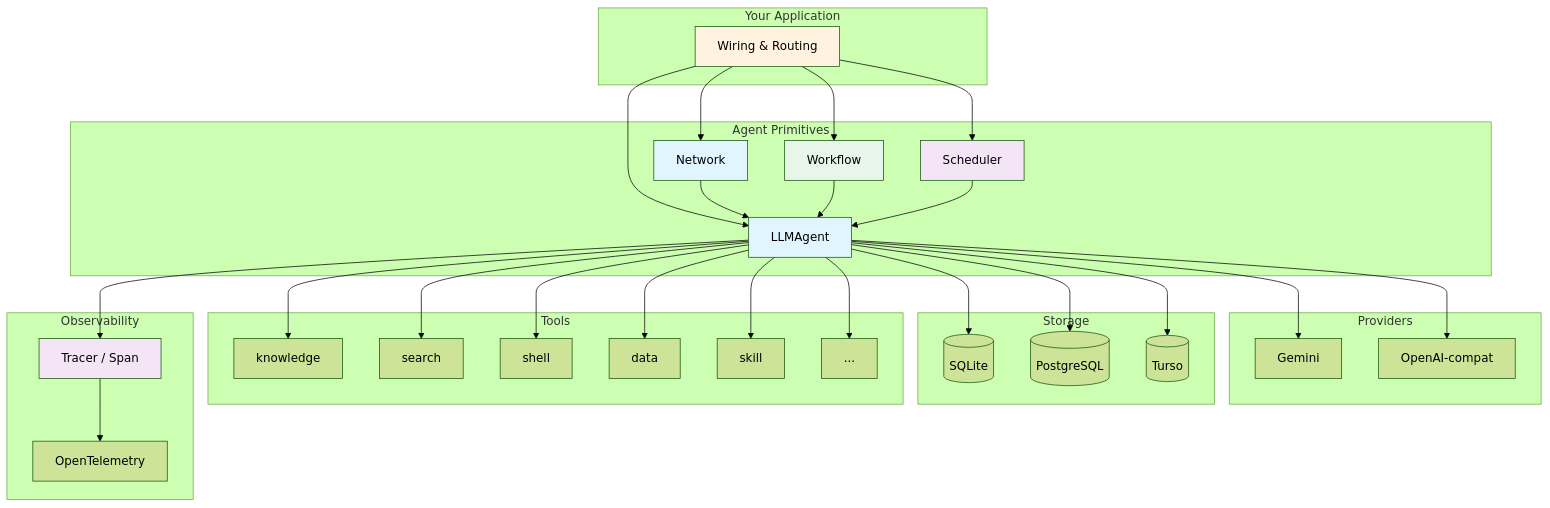
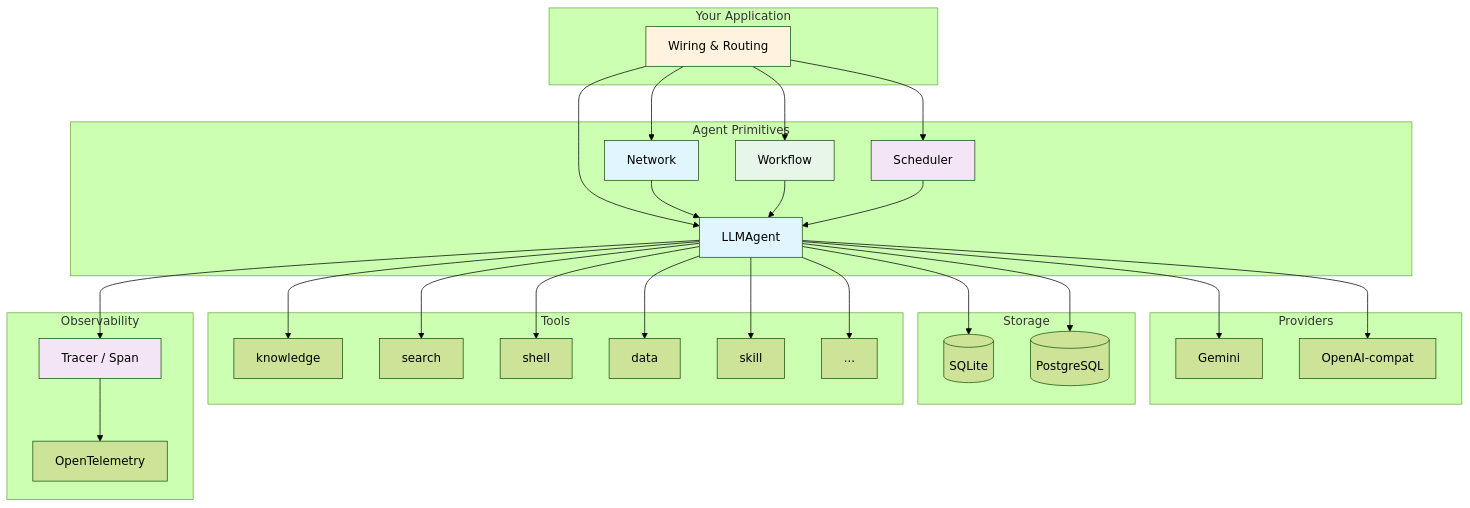
Before and after one commit to nevindra/oasis: the first of 2 diagrams in docs/concepts/index.md, drawn with Mermaid (forest theme). The commit also changed other lines of this file and 15 other files, not shown here.

````diff
--- a/docs/concepts/index.md
+++ b/docs/concepts/index.md
@@ -7,66 +7,64 @@
 ```mermaid
 graph TB
     subgraph "Your Application"
         APP[Wiring & Routing]
     end
 
     subgraph "Agent Primitives"
         AGENT[LLMAgent]
         NET[Network]
         WF[Workflow]
         SCHED[Scheduler]
     end
 
     subgraph Providers
         GEM[Gemini]
         OAI[OpenAI-compat]
     end
 
     subgraph Storage
         SQLITE[(SQLite)]
         PG[(PostgreSQL)]
-        LIBSQL[(Turso)]
     end
 
     subgraph Tools
         KNOW[knowledge]
         SEARCH[search]
         SHELL[shell]
         DATA[data]
         SKILL[skill]
         MORE[...]
     end
 
     subgraph "Observability"
         TRACER["Tracer / Span"]
         OTEL[OpenTelemetry]
     end
 
     APP --> AGENT
     APP --> NET
     APP --> WF
     APP --> SCHED
     AGENT --> GEM
     AGENT --> OAI
     NET --> AGENT
     WF --> AGENT
     SCHED --> AGENT
     AGENT --> SQLITE
     AGENT --> PG
-    AGENT --> LIBSQL
     AGENT --> KNOW
     AGENT --> SEARCH
     AGENT --> SHELL
     AGENT --> DATA
     AGENT --> SKILL
     AGENT --> MORE
     AGENT --> TRACER
     TRACER --> OTEL
 
     style APP fill:#fff3e0
     style AGENT fill:#e1f5fe
     style NET fill:#e1f5fe
     style WF fill:#e8f5e9
     style SCHED fill:#f3e5f5
     style TRACER fill:#f3e5f5
 ```
````
